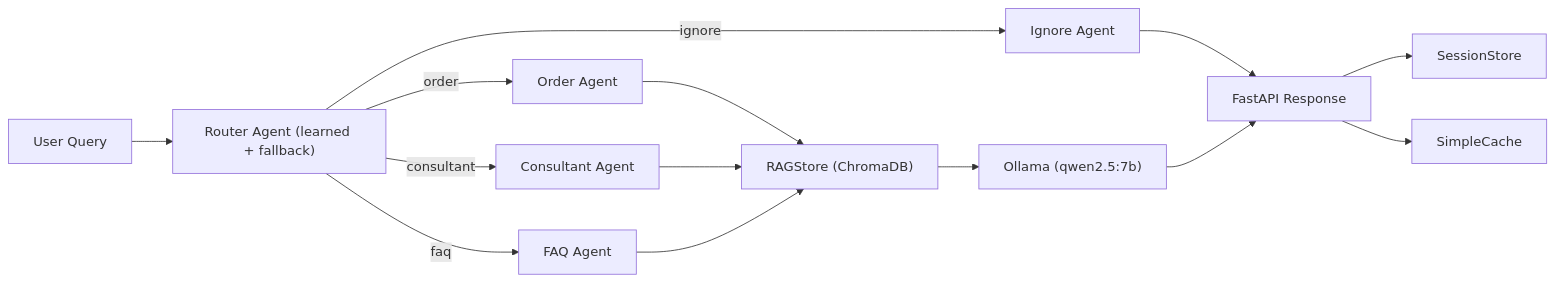
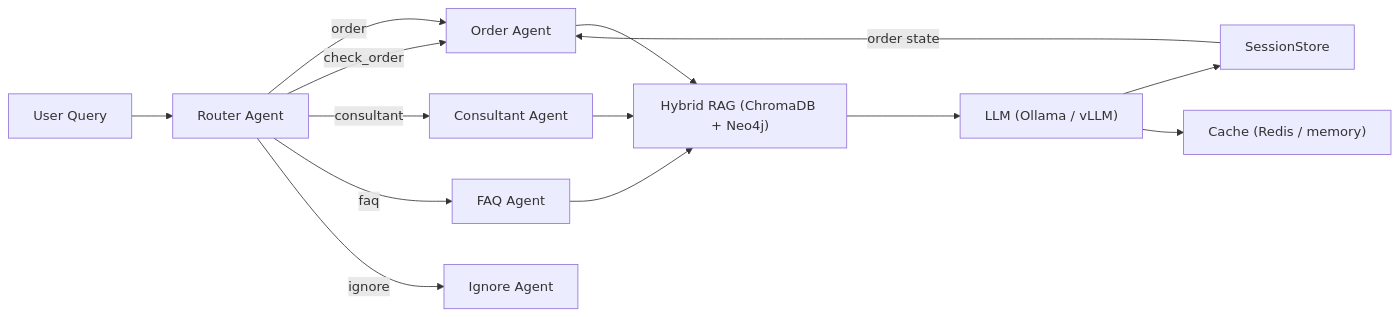
Before and after one commit to Benlaptrinh/fiai-llm-test: the diagram in README.md, drawn with Mermaid. The commit also changed other lines of this file and 10 other files, not shown here.

First line of the commit message:
fix: structured order state, keyword boost RAG, and demo reliability

````diff
--- a/README.md
+++ b/README.md
@@ -35,16 +32,16 @@
 ```mermaid
 flowchart LR
-  U["User Query"] --> R["Router Agent (learned + fallback)"]
+  U["User Query"] --> R["Router Agent"]
   R -->|order| OA["Order Agent"]
+  R -->|check_order| OA
   R -->|consultant| CA["Consultant Agent"]
   R -->|faq| FA["FAQ Agent"]
   R -->|ignore| IA["Ignore Agent"]
-  OA --> VS["RAGStore (ChromaDB)"]
-  CA --> VS
-  FA --> VS
-  VS --> LLM["Ollama (qwen2.5:7b)"]
-  IA --> RESP["FastAPI Response"]
-  LLM --> RESP
-  RESP --> S["SessionStore"]
-  RESP --> C["SimpleCache"]
+  OA --> RAG["Hybrid RAG (ChromaDB + Neo4j)"]
+  CA --> RAG
+  FA --> RAG
+  RAG --> LLM["LLM (Ollama / vLLM)"]
+  LLM --> SS["SessionStore"]
+  SS -->|order state| OA
+  LLM --> C["Cache (Redis / memory)"]
 ```
````
